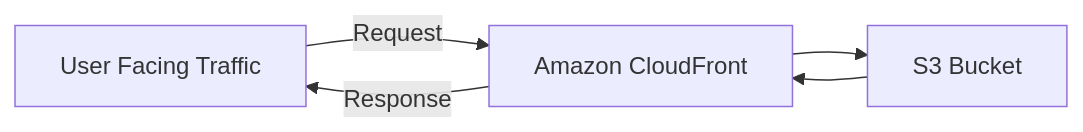
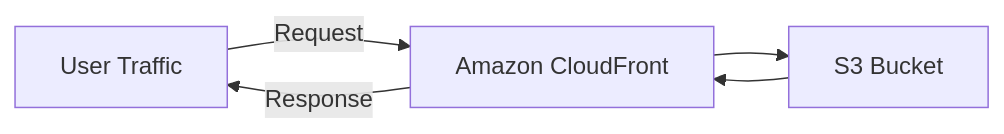
Before and after one commit to jyablonski/doqs: the diagram in src/content/docs/services/doqs.md, drawn with Mermaid. The commit also changed other lines of this file and 9 other files, not shown here.

````diff
--- a/src/content/docs/services/doqs.md
+++ b/src/content/docs/services/doqs.md
@@ -12,8 +12,8 @@
 ``` mermaid
 graph LR
-    A[User Facing Traffic] -->|Request| B[Amazon CloudFront]
+    A[User Traffic] -->|Request| B[Amazon CloudFront]
     B --> C[S3 Bucket ]
     C --> B
     B -->|Response| A
 
 ```
````
